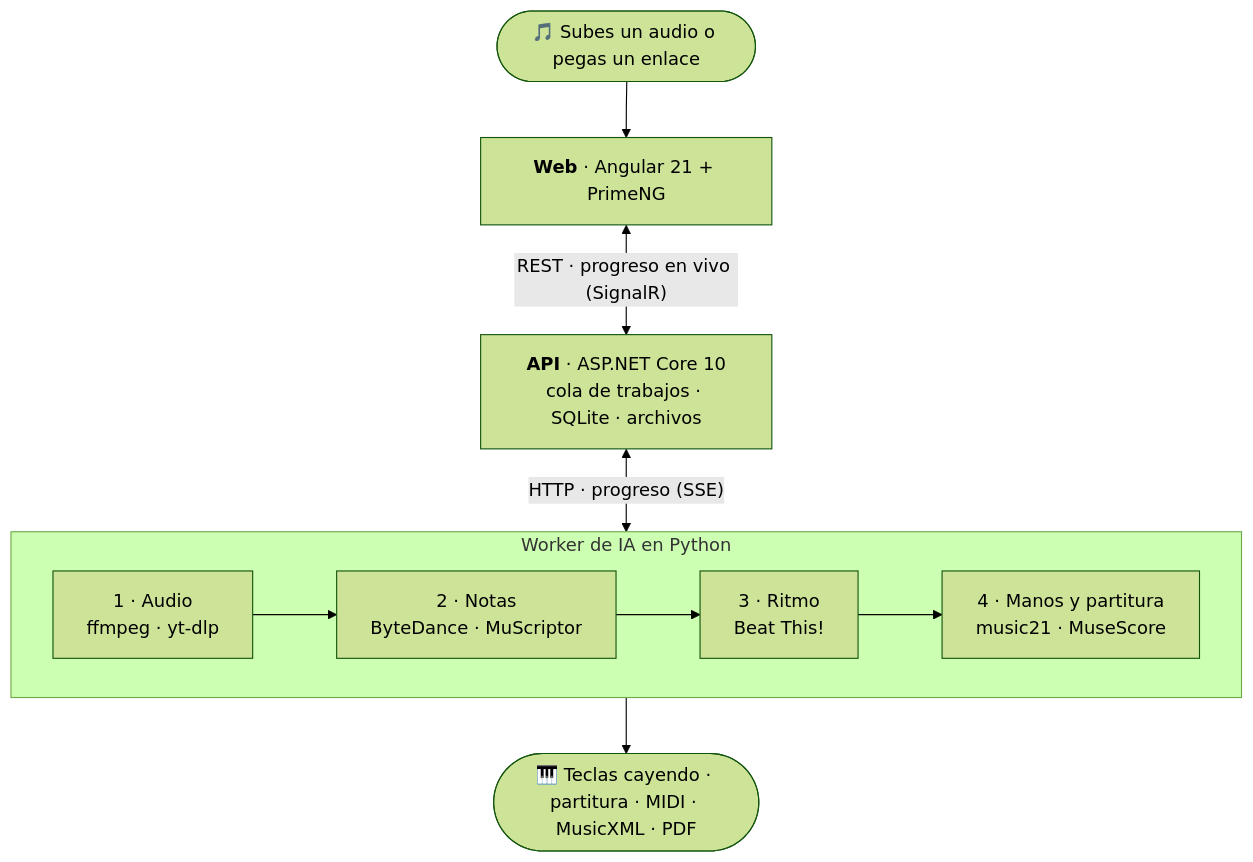
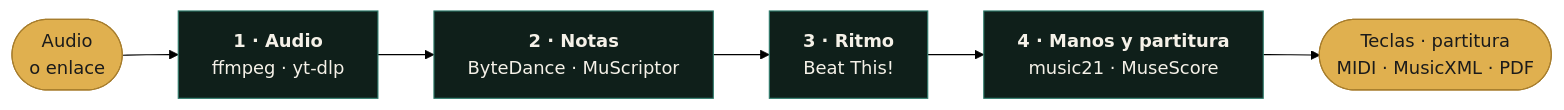
One commit to J-Roque/Klavyra changed the second of 2 diagrams in README.md. Above: the diagram before and after it, drawn with Mermaid (forest theme). The commit also changed other lines of this file, not shown here.

Commit message:
README: diagrama de contenedores C4 y flujo del worker con los colores de Klavyra

````diff
--- a/README.md
+++ b/README.md
@@ -48,18 +88,13 @@
 ```mermaid
-flowchart TB
-    in(["🎵 Subes un audio o pegas un enlace"]) --> web
+flowchart LR
+    in(["Audio<br/>o enlace"]) --> a["<b>1 · Audio</b><br/>ffmpeg · yt-dlp"]
+    a --> n["<b>2 · Notas</b><br/>ByteDance · MuScriptor"]
+    n --> r["<b>3 · Ritmo</b><br/>Beat This!"]
+    r --> m["<b>4 · Manos y partitura</b><br/>music21 · MuseScore"]
+    m --> out(["Teclas · partitura<br/>MIDI · MusicXML · PDF"])
 
-    web["<b>Web</b> · Angular 21 + PrimeNG"]
-    api["<b>API</b> · ASP.NET Core 10<br/>cola de trabajos · SQLite · archivos"]
-    web <-->|"REST · progreso en vivo (SignalR)"| api
-    api <-->|"HTTP · progreso (SSE)"| worker
-
-    subgraph worker["Worker de IA en Python"]
-        direction LR
-        a["1 · Audio<br/>ffmpeg · yt-dlp"] --> n["2 · Notas<br/>ByteDance · MuScriptor"]
-        n --> r["3 · Ritmo<br/>Beat This!"]
-        r --> m["4 · Manos y partitura<br/>music21 · MuseScore"]
-    end
-
-    worker --> out(["🎹 Teclas cayendo · partitura · MIDI · MusicXML · PDF"])
+    classDef step fill:#0f1f1a,stroke:#2f7d6d,color:#f5f1e8
+    classDef edge fill:#e0b04f,stroke:#a77d2c,color:#1b1b1b
+    class a,n,r,m step
+    class in,out edge
 ```
````
